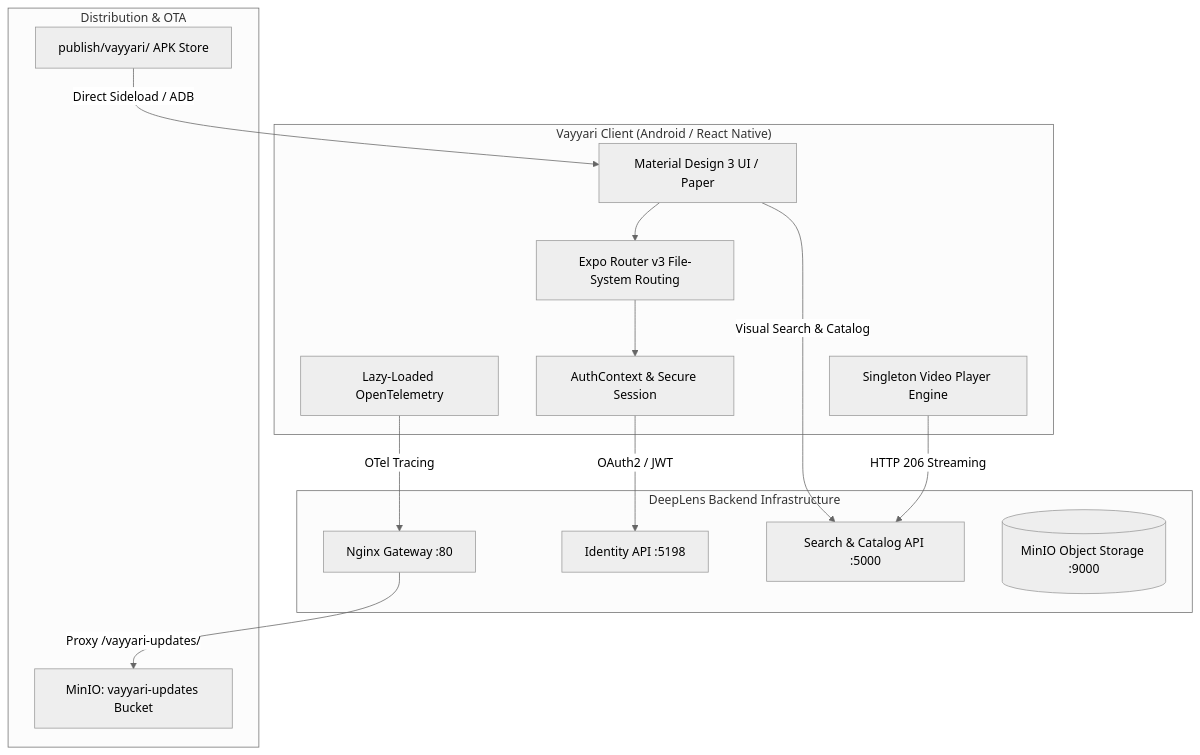
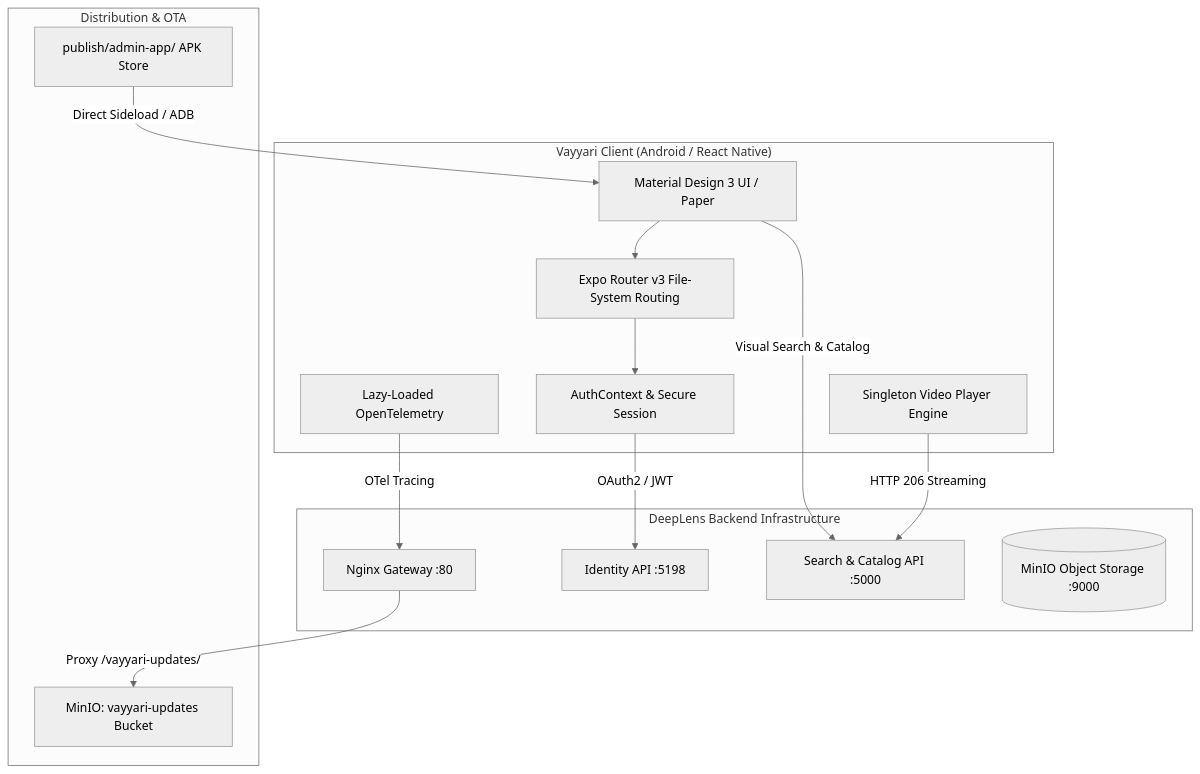
Before and after one commit to kri-kan/deeplens: the first of 2 diagrams in docs/deeplens/architecture/vayyari-mobile-architecture.md, drawn with Mermaid (neutral theme). The commit also changed other lines of this file and 18 other files, not shown here.

Commit message:
feat: standardize Vayyari Admin naming, update publish/admin-app and publish/vayyari directories, and add publish-store.sh

````diff
--- a/docs/deeplens/architecture/vayyari-mobile-architecture.md
+++ b/docs/deeplens/architecture/vayyari-mobile-architecture.md
@@ -14,32 +14,32 @@
 ```mermaid
 graph TD
     subgraph "Vayyari Client (Android / React Native)"
         UI[Material Design 3 UI / Paper]
         Router[Expo Router v3 File-System Routing]
         Auth[AuthContext & Secure Session]
         Video[Singleton Video Player Engine]
         Telemetry[Lazy-Loaded OpenTelemetry]
     end
 
     subgraph "DeepLens Backend Infrastructure"
         Gateway[Nginx Gateway :80]
         IdentityApi[Identity API :5198]
         SearchApi[Search & Catalog API :5000]
         MinIO[(MinIO Object Storage :9000)]
     end
 
     subgraph "Distribution & OTA"
-        APKRepo[publish/vayyari/ APK Store]
+        APKRepo[publish/admin-app/ APK Store]
         OTABucket[MinIO: vayyari-updates Bucket]
     end
 
     UI --> Router
     Router --> Auth
     Auth -->|OAuth2 / JWT| IdentityApi
     UI -->|Visual Search & Catalog| SearchApi
     Video -->|HTTP 206 Streaming| SearchApi
     Telemetry -->|OTel Tracing| Gateway
 
     Gateway -->|Proxy /vayyari-updates/| OTABucket
     APKRepo -->|Direct Sideload / ADB| UI
 ```
````
